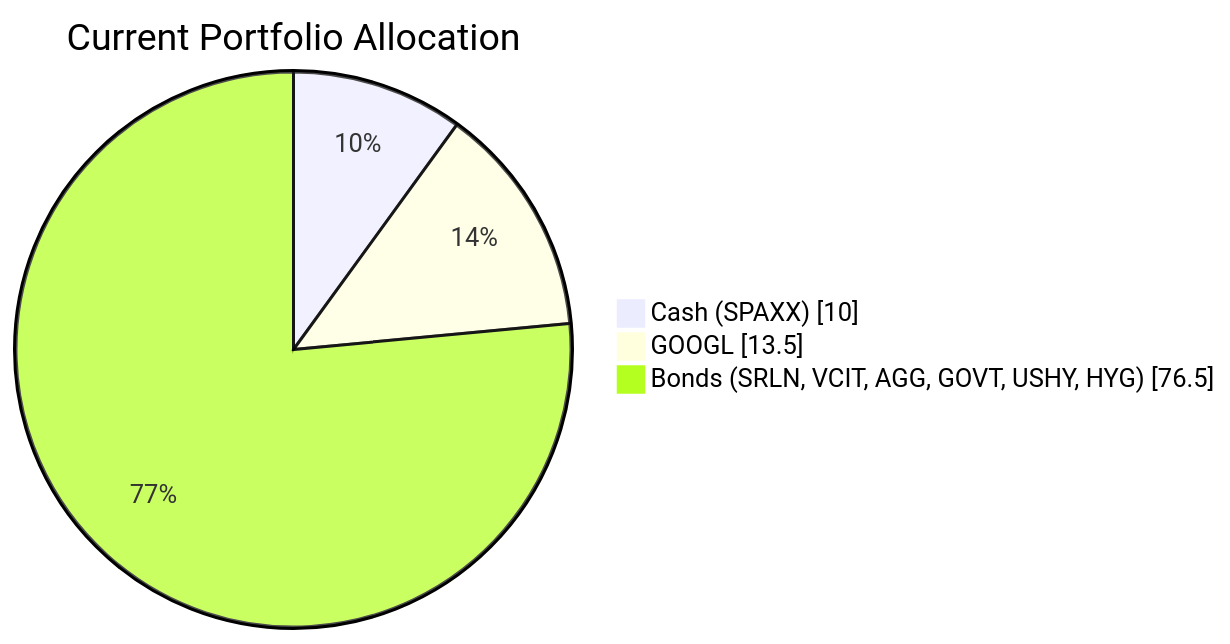
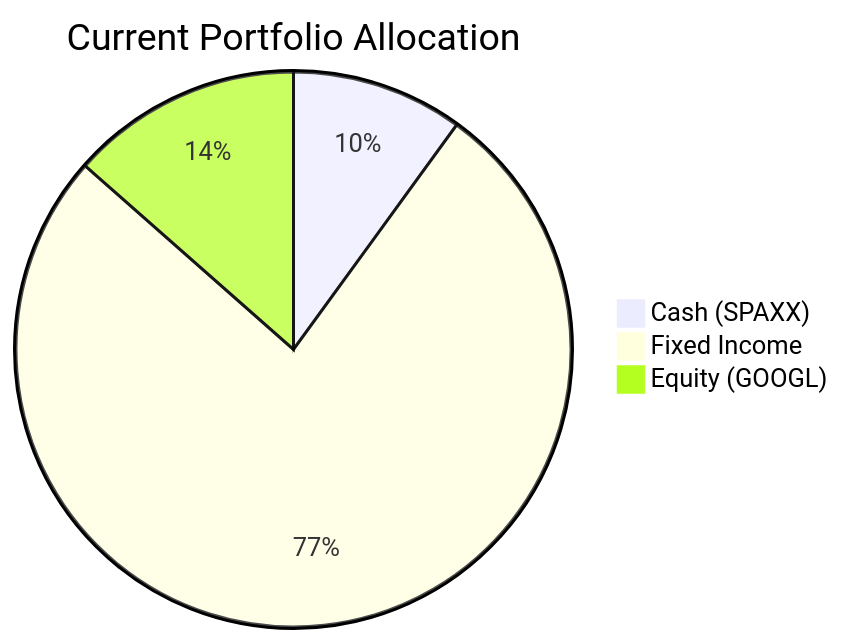
The first of 2 diagrams in docs/sample outputs/client_product_fit_analysis_10.md (roger249/Bot-collaboration), drawn with Mermaid before and after one commit. The commit also changed other lines of this file and 16 other files, not shown here.

````diff
--- a/docs/sample outputs/client_product_fit_analysis_10.md
+++ b/docs/sample outputs/client_product_fit_analysis_10.md
@@ -55,7 +58,6 @@
 ```mermaid
-pie showData
-title Current Portfolio Allocation
-"Cash (SPAXX)" : 10.0
-"GOOGL" : 13.5
-"Bonds (SRLN, VCIT, AGG, GOVT, USHY, HYG)" : 76.5
+pie title Current Portfolio Allocation
+    "Cash (SPAXX)" : 10
+    "Fixed Income" : 76.5
+    "Equity (GOOGL)" : 13.5
 ```
````
